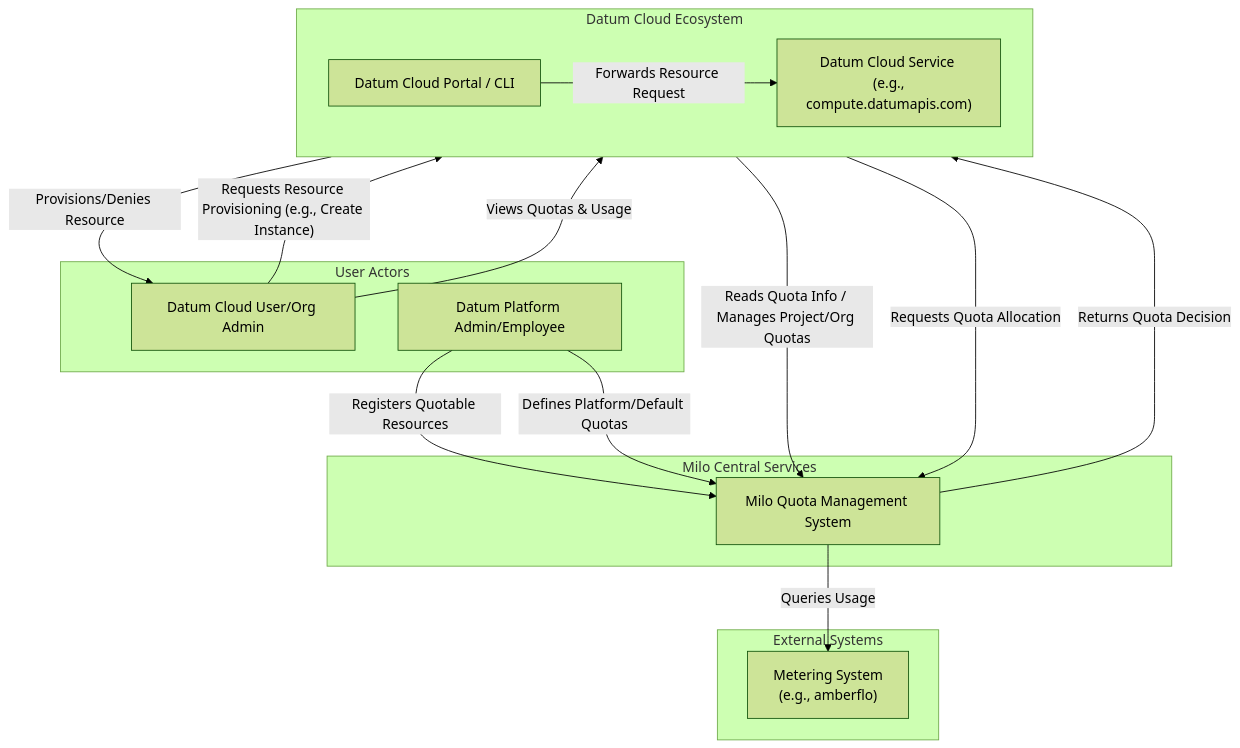
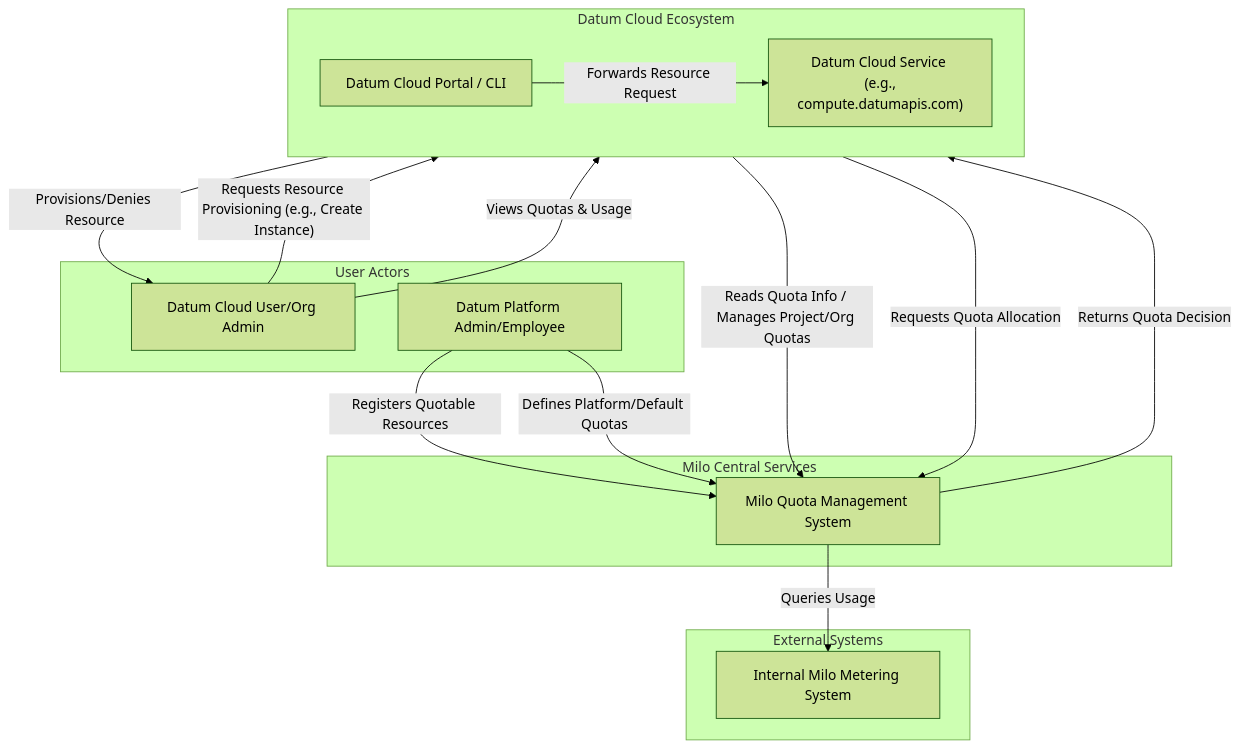
Before and after one commit to datum-cloud/enhancements: the first of 9 diagrams in enhancements/platform/quota-management/README.md, drawn with Mermaid (forest theme). The commit also changed other lines of this file, not shown here.

````diff
--- a/enhancements/platform/quota-management/README.md
+++ b/enhancements/platform/quota-management/README.md
@@ -1180,39 +1209,39 @@
 ```mermaid
 %% C1 - System Context Diagram: Milo Quota Management System
 graph TD
     subgraph User Actors
         DatumCloudUserOrgAdmin["Datum Cloud User/Org Admin"]
         DatumPlatformAdminEmployee["Datum Platform Admin/Employee"]
     end
 
     subgraph DatumCloudEcosystem["Datum Cloud Ecosystem"]
         direction LR
         CloudPortalCLI["Datum Cloud Portal / CLI"]
         PCPService["Datum Cloud Service <br> (e.g., compute.datumapis.com)"]
     end
 
     subgraph MiloCentralServices ["Milo Central Services"]
         QuotaSystem["Milo Quota Management System"]
     end
 
     subgraph ExternalSystems["External Systems"]
-        MeteringSystem["Metering System <br> (e.g., amberflo)"]
+        MeteringSystem["Internal Milo Metering System"]
     end
 
     %% User/Admin interactions for resource provisioning and quota viewing
     DatumCloudUserOrgAdmin -- "Requests Resource Provisioning (e.g., Create Instance)" --> CloudPortalCLI
     DatumCloudUserOrgAdmin -- "Views Quotas & Usage" --> CloudPortalCLI
     CloudPortalCLI -- "Forwards Resource Request" --> PCPService
     CloudPortalCLI -- "Reads Quota Info / Manages Project/Org Quotas" --> QuotaSystem
 
     %% Platform Admin interactions for quota setup
     DatumPlatformAdminEmployee -- "Registers Quotable Resources" --> QuotaSystem
     DatumPlatformAdminEmployee -- "Defines Platform/Default Quotas" --> QuotaSystem
 
     %% Quota System internal and external interactions
     PCPService -- "Requests Quota Allocation" --> QuotaSystem
     QuotaSystem -- "Queries Usage" --> MeteringSystem
     QuotaSystem -- "Returns Quota Decision" --> PCPService
     PCPService -- "Provisions/Denies Resource" --> DatumCloudUserOrgAdmin
 
 ```
````
